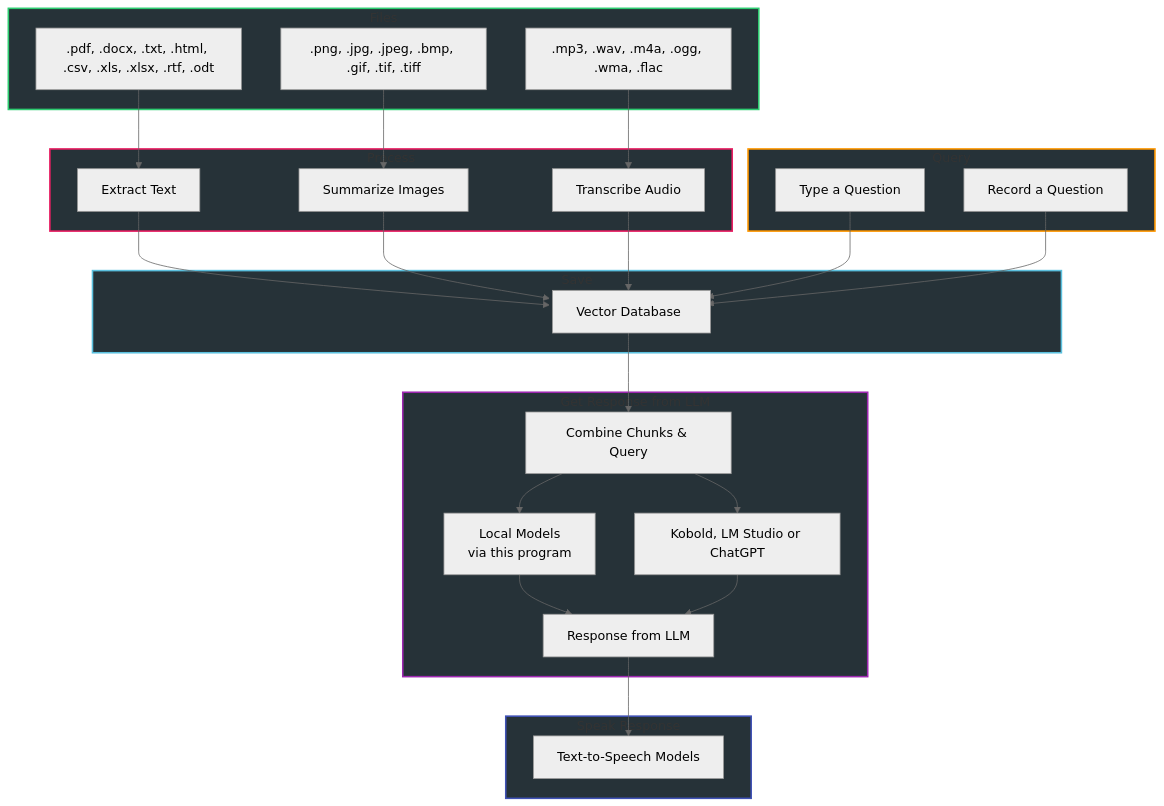
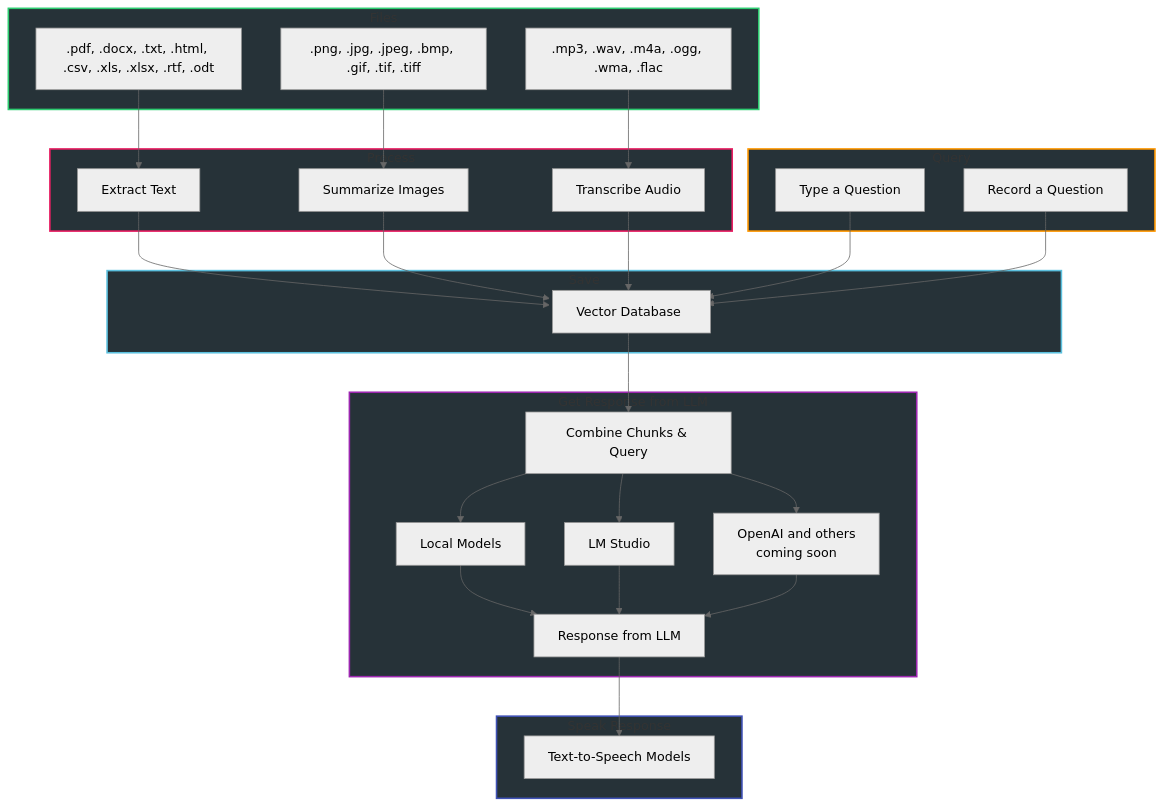
The diagram in README.md (BBC-Esq/VectorDB-Plugin-for-LM-Studio), drawn with Mermaid (neutral theme) before and after one commit. The commit also changed other lines of this file, not shown here.

````diff
--- a/README.md
+++ b/README.md
@@ -18,64 +18,78 @@
 ```mermaid
 graph TD
     %% Define Classes
     classDef inputStyle fill:#263238,stroke:#2ecc71,stroke-width:2px;
     classDef processStyle fill:#263238,stroke:#e91e63,stroke-width:2px;
     classDef outputStyle fill:#263238,stroke:#5bc0de,stroke-width:2px;
     classDef searchStyle fill:#263238,stroke:#ff9800,stroke-width:2px;
     classDef llmStyle fill:#263238,stroke:#9c27b0,stroke-width:2px;
     classDef ttsStyle fill:#263238,stroke:#3f51b5,stroke-width:2px;
     classDef minWidth width:200px;
+
     %% Input Files
     subgraph InputFiles [Files]
         A[.pdf, .docx, .txt, .html, .csv, .xls, .xlsx, .rtf, .odt]
         B[.png, .jpg, .jpeg, .bmp, .gif, .tif, .tiff]
         C[.mp3, .wav, .m4a, .ogg, .wma, .flac]
     end
     class InputFiles inputStyle;
+
     %% Processing
     subgraph Processing [Process]
         D[Extract Text]
         E[Summarize Images]
         F[Transcribe Audio]
     end
     class Processing processStyle;
+
     %% Output
     subgraph Output [Save]
         G[Vector Database]:::minWidth
     end
     class Output outputStyle;
+
     %% Search
     subgraph Search [Query]
         H[Type a Question]
         I[Record a Question]
     end
     class Search searchStyle;
+
     %% LLM
     subgraph LLM [Get Response from LLM]
         J[Combine Chunks & Query]
-        K1[Local Models<br/>via this program]
-        K2[Kobold, LM Studio or ChatGPT]
+        K1[Local Models]
+        K2[LM Studio]
+        K3[OpenAI and others<br/>coming soon]
         K[Response from LLM]
         K1 --> K
         K2 --> K
+        K3 --> K
     end
     class LLM llmStyle;
+
     %% TTS
     subgraph TTS [Speak Response]
         L[Text-to-Speech Models]
     end
     class TTS ttsStyle;
+
     %% Connections
     A --> D
     B --> E
     C --> F
+
     D --> G
     E --> G
     F --> G
+
     H --> G
     I --> G
+
     G --> J
     J --> K1
     J --> K2
+    J --> K3
     K --> L
+
 ```
````
